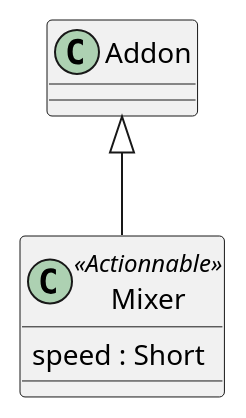
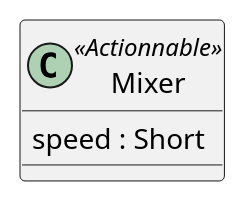
One commit to beerfactory/brewbox-uml changed the diagram in src/class/include/mixer.iuml. Above: the diagram before and after it, drawn with PlantUML. The commit also changed 23 other files, not shown here.

```diff
--- a/src/class/include/mixer.iuml
+++ b/src/class/include/mixer.iuml
@@ -1,5 +1,3 @@
 class Mixer <<Actionnable>> {
     speed : Short
 }
-
-Addon <|-- Mixer
```
